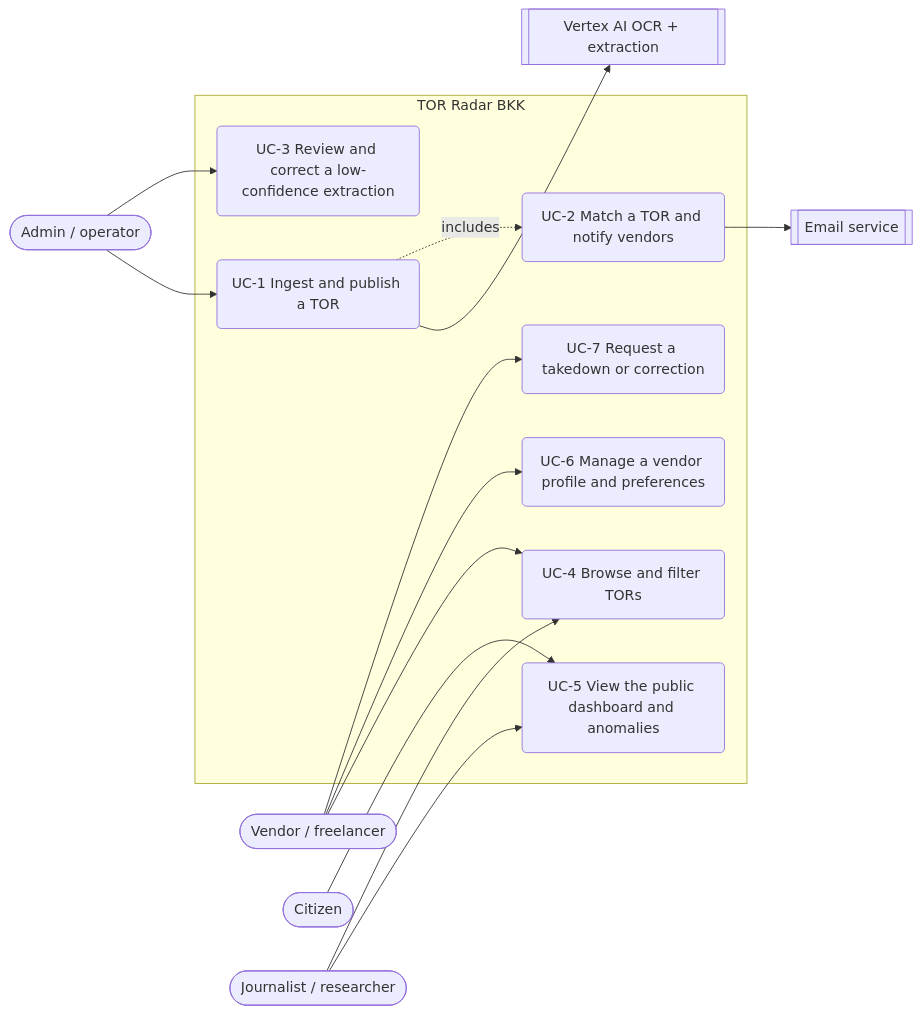
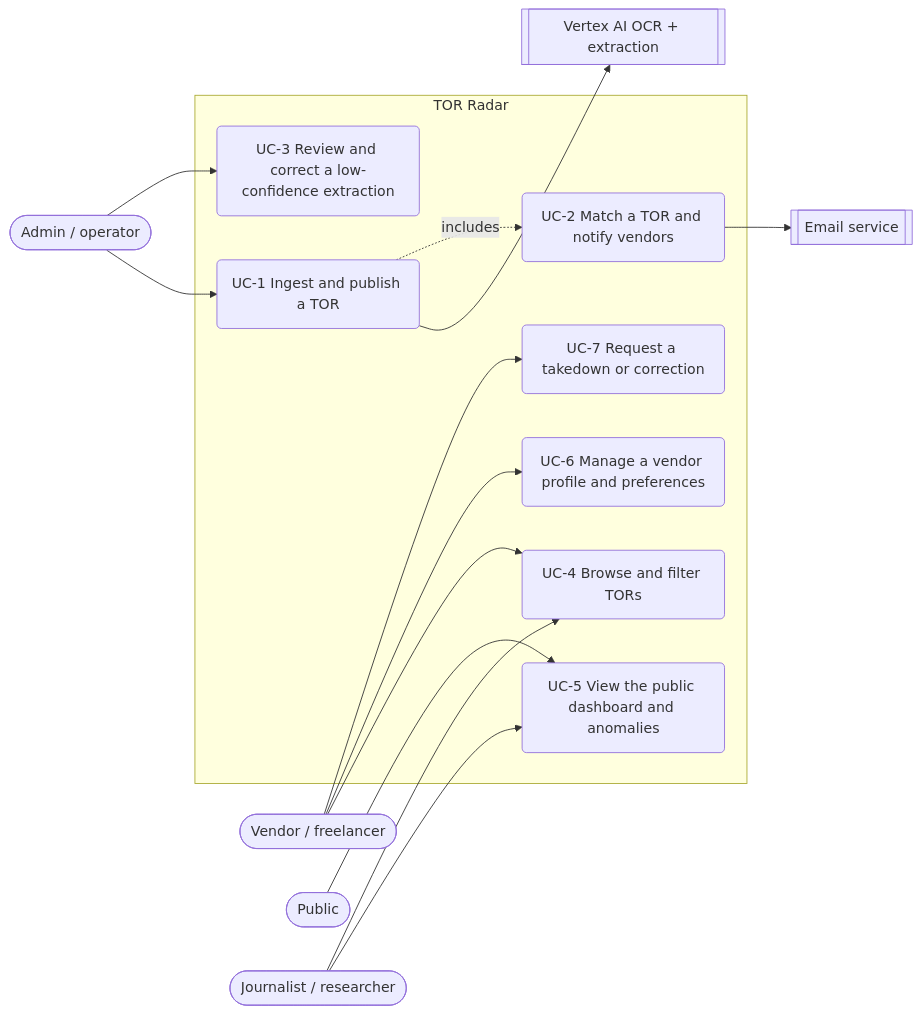
One commit to TORMomentum/Momentum changed the diagram in SRS.md. Above: the diagram before and after it, drawn with Mermaid. The commit also changed other lines of this file, not shown here.

````diff
--- a/SRS.md
+++ b/SRS.md
@@ -639,31 +553,31 @@
 ```mermaid
 flowchart LR
   vendor([Vendor / freelancer])
-  public([Citizen])
+  public([Public])
   press([Journalist / researcher])
   admin([Admin / operator])
   ai[[Vertex AI OCR + extraction]]
   mail[[Email service]]
 
-  subgraph TOR Radar BKK
+  subgraph TOR Radar
     UC1(UC-1 Ingest and publish a TOR)
     UC2(UC-2 Match a TOR and notify vendors)
     UC3(UC-3 Review and correct a low-confidence extraction)
     UC4(UC-4 Browse and filter TORs)
     UC5(UC-5 View the public dashboard and anomalies)
     UC6(UC-6 Manage a vendor profile and preferences)
     UC7(UC-7 Request a takedown or correction)
   end
 
   admin --> UC1
   admin --> UC3
   UC1 --> ai
   UC1 -.includes.-> UC2
   UC2 --> mail
   vendor --> UC4
   vendor --> UC6
   vendor --> UC7
   public --> UC5
   press --> UC5
   press --> UC4
 ```
````
